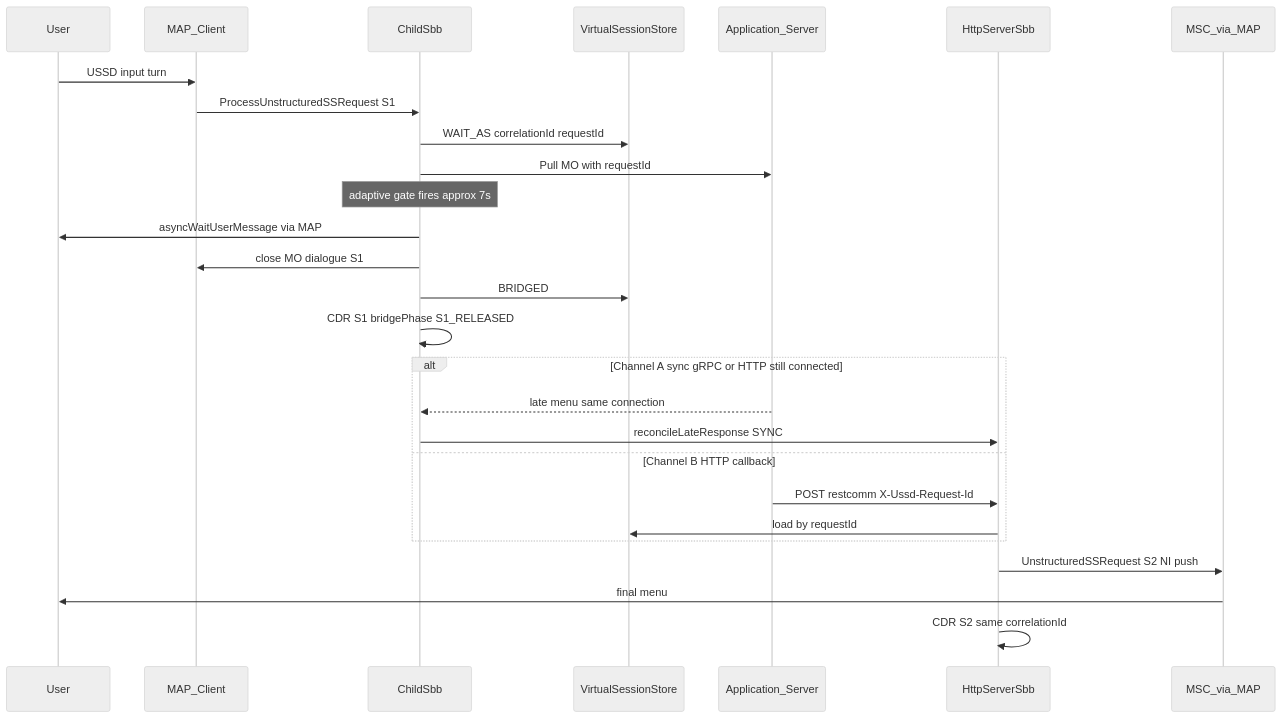
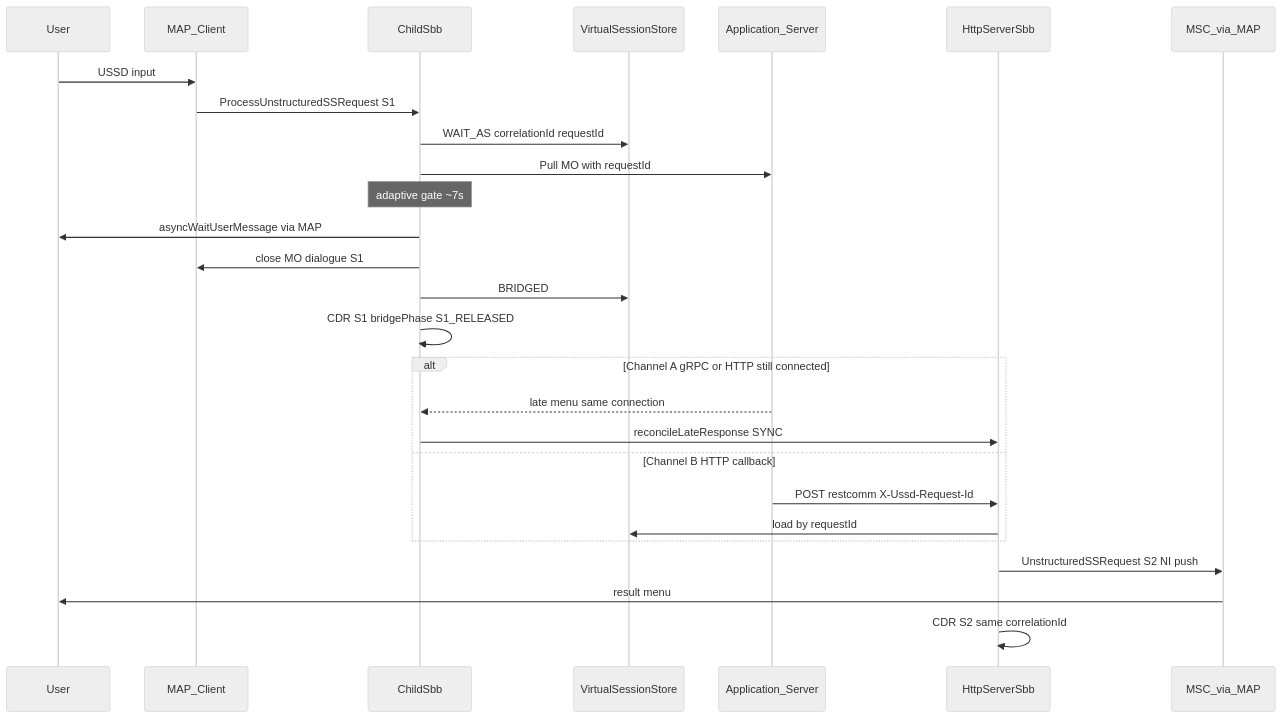
The second of 4 diagrams in docs/e2e-grpc-ussd-test_en.md (nhanth87/ussdgw), drawn with Mermaid (neutral theme) before and after one commit. The commit also changed other lines of this file and 60 other files, not shown here.

````diff
--- a/docs/e2e-grpc-ussd-test_en.md
+++ b/docs/e2e-grpc-ussd-test_en.md
@@ -668,32 +1019,32 @@
 ```mermaid
 sequenceDiagram
   participant User
   participant MAP as MAP_Client
   participant GW as ChildSbb
   participant Cache as VirtualSessionStore
   participant AS as Application_Server
   participant Push as HttpServerSbb
   participant MSC as MSC_via_MAP
 
-  User->>MAP: USSD input turn
+  User->>MAP: USSD input
   MAP->>GW: ProcessUnstructuredSSRequest S1
   GW->>Cache: WAIT_AS correlationId requestId
   GW->>AS: Pull MO with requestId
-  Note over GW: adaptive gate fires approx 7s
+  Note over GW: adaptive gate ~7s
   GW->>User: asyncWaitUserMessage via MAP
   GW->>MAP: close MO dialogue S1
   GW->>Cache: BRIDGED
   GW->>GW: CDR S1 bridgePhase S1_RELEASED
 
-  alt Channel A sync gRPC or HTTP still connected
+  alt Channel A gRPC or HTTP still connected
     AS-->>GW: late menu same connection
     GW->>Push: reconcileLateResponse SYNC
   else Channel B HTTP callback
     AS->>Push: POST restcomm X-Ussd-Request-Id
     Push->>Cache: load by requestId
   end
 
   Push->>MSC: UnstructuredSSRequest S2 NI push
-  MSC->>User: final menu
+  MSC->>User: result menu
   Push->>Push: CDR S2 same correlationId
 ```
````
